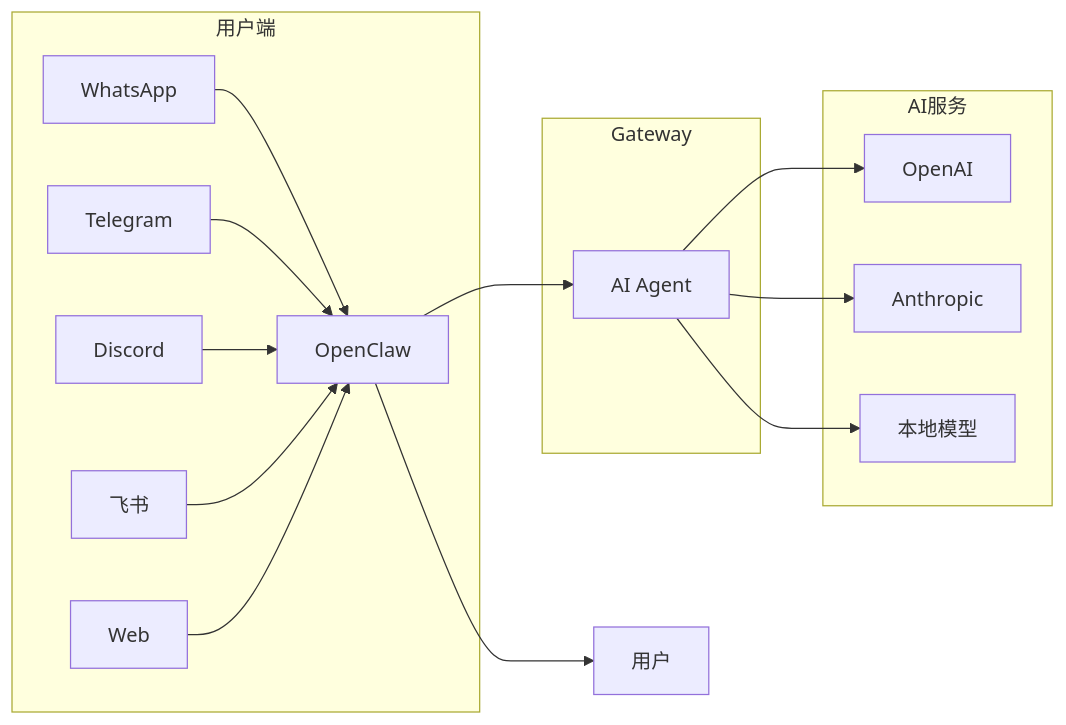
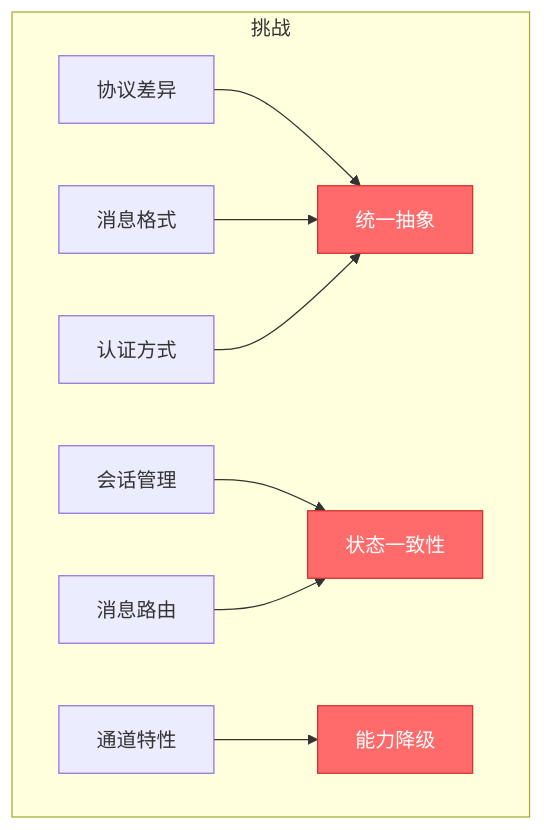
Before and after one commit to FreezeSoul/freezesoul.github.com: the first of 12 diagrams in _posts/2026-03-01-openclaw-agent-gateway.md, drawn with Mermaid. The commit also changed other lines of this file, not shown here.

Commit message:
feat: 重写 OpenClaw 架构解析文章（技术深度版）

````diff
--- a/_posts/2026-03-01-openclaw-agent-gateway.md
+++ b/_posts/2026-03-01-openclaw-agent-gateway.md
@@ -42,22 +23,15 @@
 ```mermaid
-graph LR
-    subgraph 用户端
-        A[WhatsApp] --> G[Gateway]
-        B[Telegram] --> G
-        C[Discord] --> G
-        D[飞书] --> G
-        E[Web] --> G
+graph TD
+    subgraph 挑战
+        A[协议差异] --> D[统一抽象]
+        B[消息格式] --> D
+        C[认证方式] --> D
+        E[会话管理] --> F[状态一致性]
+        G[消息路由] --> F
+        H[通道特性] --> I[能力降级]
     end
     
-    subgraph Gateway
-        G[OpenClaw] --> H[AI Agent]
-    end
-    
-    subgraph AI服务
-        H --> I[OpenAI]
-        H --> J[Anthropic]
-        H --> K[本地模型]
-    end
-    
-    G --> L[用户]
+    style D fill:#ff6b6b,stroke:#d32f2f,color:#fff
+    style F fill:#ff6b6b,stroke:#d32f2f,color:#fff
+    style I fill:#ff6b6b,stroke:#d32f2f,color:#fff
 ```
````
